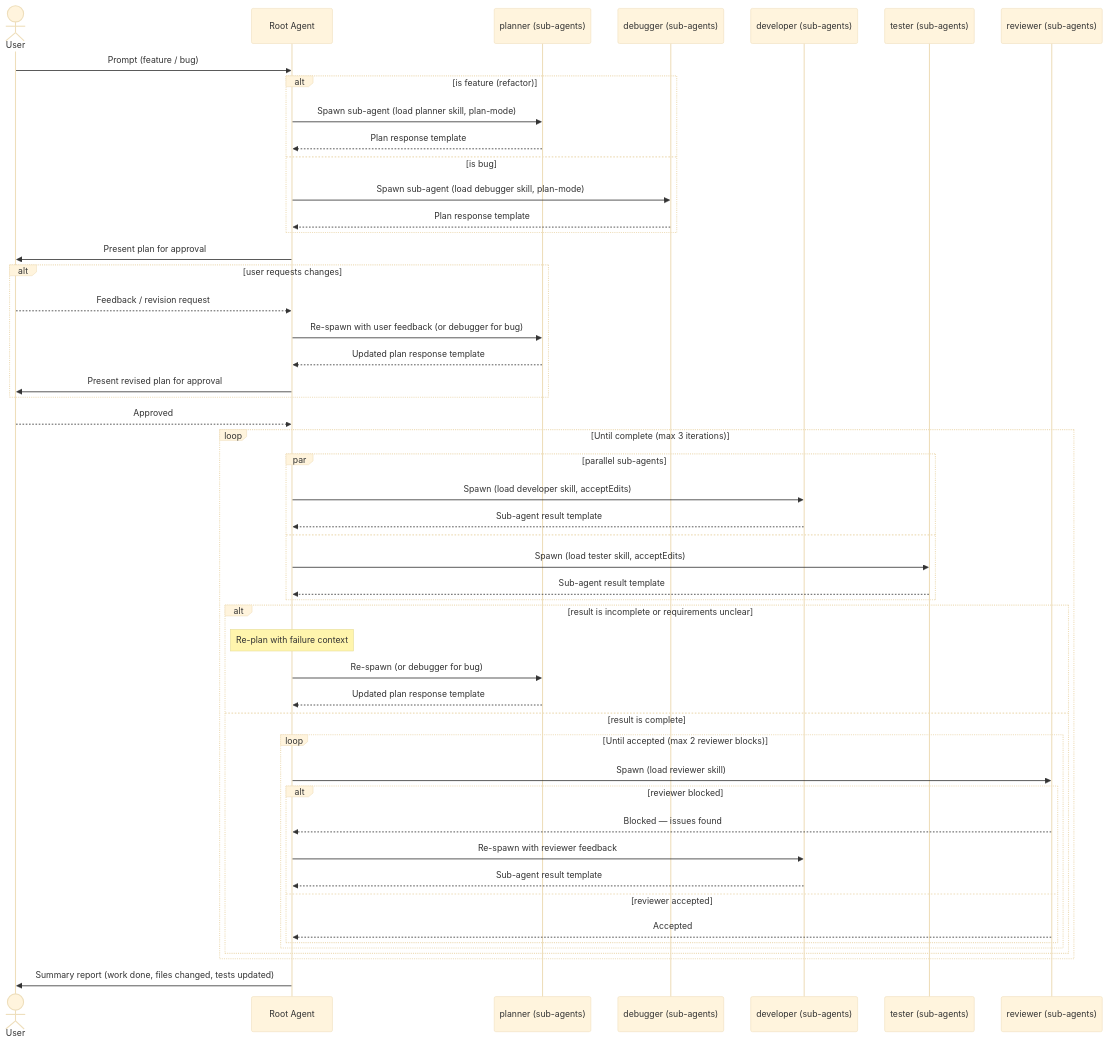
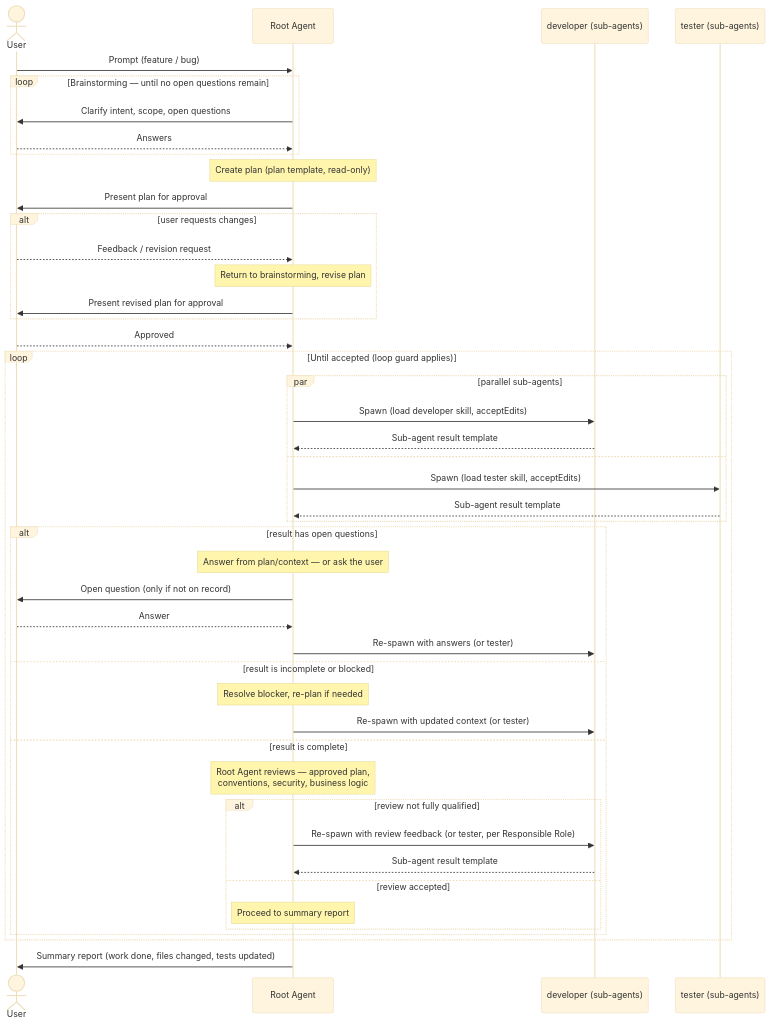
One commit to ngmthaq/poc-face-id-capture changed the diagram in .claude/skills/party-mode/references/workflow-diagram.md. Above: the diagram before and after it, drawn with Mermaid (base theme). The commit also changed 88 other files, not shown here.

````diff
--- a/.claude/skills/party-mode/references/workflow-diagram.md
+++ b/.claude/skills/party-mode/references/workflow-diagram.md
@@ -3,58 +3,54 @@
 ```mermaid
 sequenceDiagram
     actor User
     participant Root as Root Agent
-    participant Planner as planner (sub-agents)
-    participant Debugger as debugger (sub-agents)
     participant Developer as developer (sub-agents)
     participant Tester as tester (sub-agents)
-    participant Reviewer as reviewer (sub-agents)
 
     User->>Root: Prompt (feature / bug)
 
-    alt is feature (refactor)
-        Root->>Planner: Spawn sub-agent (load planner skill, plan-mode)
-        Planner-->>Root: Plan response template
-    else is bug
-        Root->>Debugger: Spawn sub-agent (load debugger skill, plan-mode)
-        Debugger-->>Root: Plan response template
+    loop Brainstorming — until no open questions remain
+        Root->>User: Clarify intent, scope, open questions
+        User-->>Root: Answers
     end
 
+    Note over Root: Create plan (plan template, read-only)
     Root->>User: Present plan for approval
+
     alt user requests changes
         User-->>Root: Feedback / revision request
-        Root->>Planner: Re-spawn with user feedback (or debugger for bug)
-        Planner-->>Root: Updated plan response template
+        Note over Root: Return to brainstorming, revise plan
         Root->>User: Present revised plan for approval
     end
     User-->>Root: Approved
 
-    loop Until complete (max 3 iterations)
-            par parallel sub-agents
-                Root->>Developer: Spawn (load developer skill, acceptEdits)
+    loop Until accepted (loop guard applies)
+        par parallel sub-agents
+            Root->>Developer: Spawn (load developer skill, acceptEdits)
+            Developer-->>Root: Sub-agent result template
+        and
+            Root->>Tester: Spawn (load tester skill, acceptEdits)
+            Tester-->>Root: Sub-agent result template
+        end
+
+        alt result has open questions
+            Note over Root: Answer from plan/context — or ask the user
+            Root->>User: Open question (only if not on record)
+            User-->>Root: Answer
+            Root->>Developer: Re-spawn with answers (or tester)
+        else result is incomplete or blocked
+            Note over Root: Resolve blocker, re-plan if needed
+            Root->>Developer: Re-spawn with updated context (or tester)
+        else result is complete
+            Note over Root: Root Agent reviews — approved plan,<br/>conventions, security, business logic
+            alt review not fully qualified
+                Root->>Developer: Re-spawn with review feedback (or tester, per Responsible Role)
                 Developer-->>Root: Sub-agent result template
-            and
-                Root->>Tester: Spawn (load tester skill, acceptEdits)
-                Tester-->>Root: Sub-agent result template
-            end
-
-            alt result is incomplete or requirements unclear
-                Note over Root: Re-plan with failure context
-                Root->>Planner: Re-spawn (or debugger for bug)
-                Planner-->>Root: Updated plan response template
-            else result is complete
-                loop Until accepted (max 2 reviewer blocks)
-                    Root->>Reviewer: Spawn (load reviewer skill)
-                    alt reviewer blocked
-                        Reviewer-->>Root: Blocked — issues found
-                        Root->>Developer: Re-spawn with reviewer feedback
-                        Developer-->>Root: Sub-agent result template
-                    else reviewer accepted
-                        Reviewer-->>Root: Accepted
-                    end
-                end
+            else review accepted
+                Note over Root: Proceed to summary report
             end
         end
+    end
 
-        Root->>User: Summary report (work done, files changed, tests updated)
+    Root->>User: Summary report (work done, files changed, tests updated)
 ```
````
